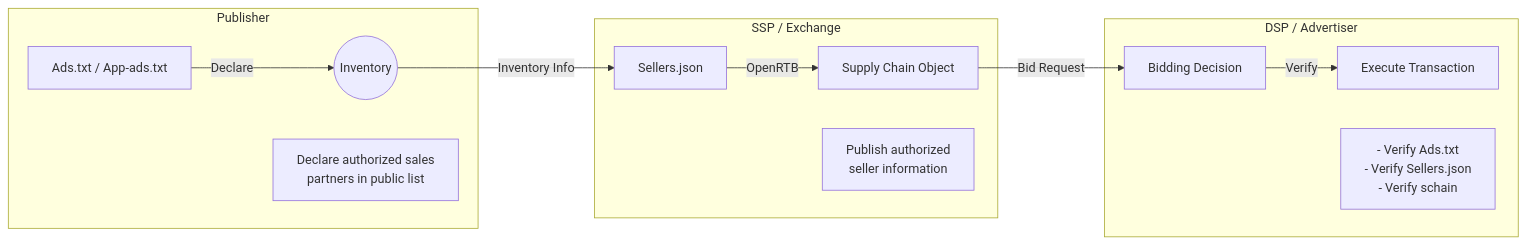
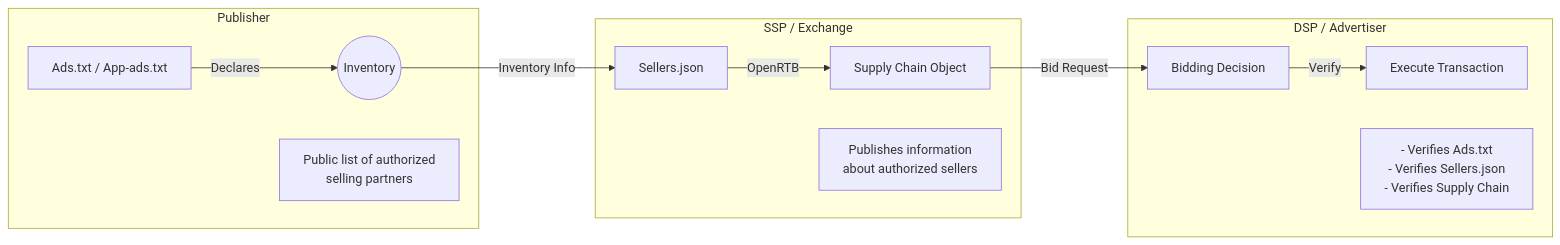
Before and after one commit to miyaichi/adstxt-Inspector: the diagram in docs/en/schain-guide.md, drawn with Mermaid. The commit also changed other lines of this file and 5 other files, not shown here.

```diff
--- a/docs/en/schain-guide.md
+++ b/docs/en/schain-guide.md
@@ -21,20 +55,20 @@
-<pre class="mermaid">
+<div class="mermaid">
 flowchart LR
     subgraph Publisher["Publisher"]
-        A["Ads.txt / App-ads.txt"] -->|"Declare"| B(("Inventory"))
-        note1["Declare authorized sales<br/>partners in public list"]
+        A["Ads.txt / App-ads.txt"] -->|"Declares"| B(("Inventory"))
+        note1["Public list of authorized<br/>selling partners"]
     end
 
     subgraph SSP["SSP / Exchange"]
         C["Sellers.json"] -->|"OpenRTB"| D["Supply Chain Object"]
-        note2["Publish authorized<br/>seller information"]
+        note2["Publishes information<br/>about authorized sellers"]
     end
 
     subgraph DSP["DSP / Advertiser"]
         E[Bidding Decision] -->|Verify| F[Execute Transaction]
-        note3["- Verify Ads.txt<br/>- Verify Sellers.json<br/>- Verify schain"]
+        note3["- Verifies Ads.txt<br/>- Verifies Sellers.json<br/>- Verifies Supply Chain"]
     end
 
-    B -->|Inventory Info| C
-    D -->|Bid Request| E
-</pre>
+    B -->|"Inventory Info"| C
+    D -->|"Bid Request"| E
+</div>
```
